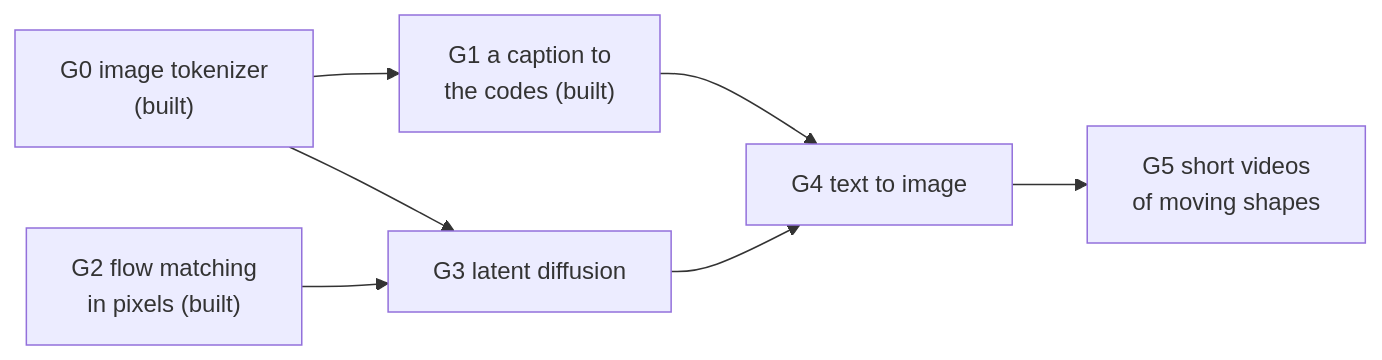
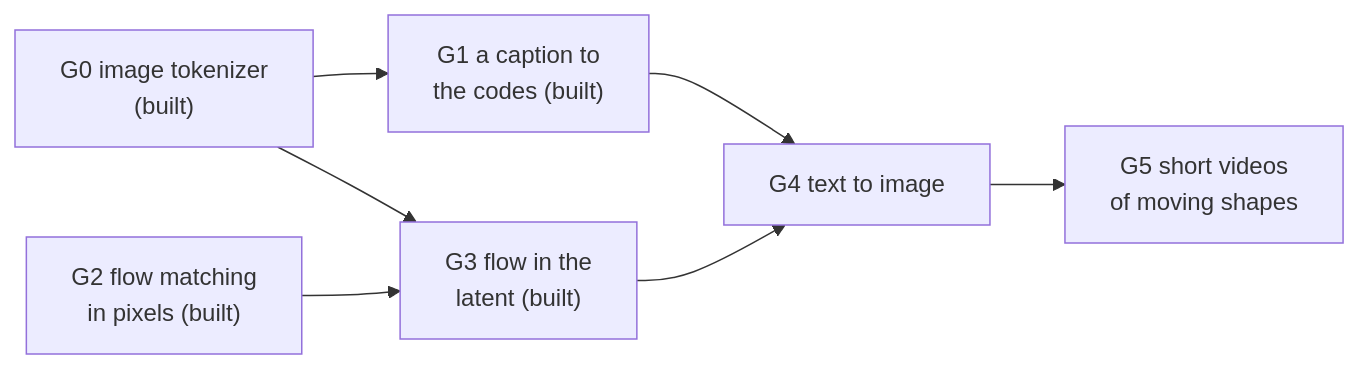
One commit to kunwarmahen/aksharallm changed the first of 6 diagrams in docs/26-pictures.md. Above: the diagram before and after it, drawn with Mermaid. The commit also changed other lines of this file and 15 other files, not shown here.

````diff
--- a/docs/26-pictures.md
+++ b/docs/26-pictures.md
@@ -10,9 +10,9 @@
 ```mermaid
 flowchart LR
     G0["G0 image tokenizer<br/>(built)"] --> G1["G1 a caption to<br/>the codes (built)"]
-    G0 --> G3["G3 latent diffusion"]
+    G0 --> G3["G3 flow in the<br/>latent (built)"]
     G2["G2 flow matching<br/>in pixels (built)"] --> G3
     G1 --> G4["G4 text to image"]
     G3 --> G4
     G4 --> G5["G5 short videos<br/>of moving shapes"]
 ```
````
